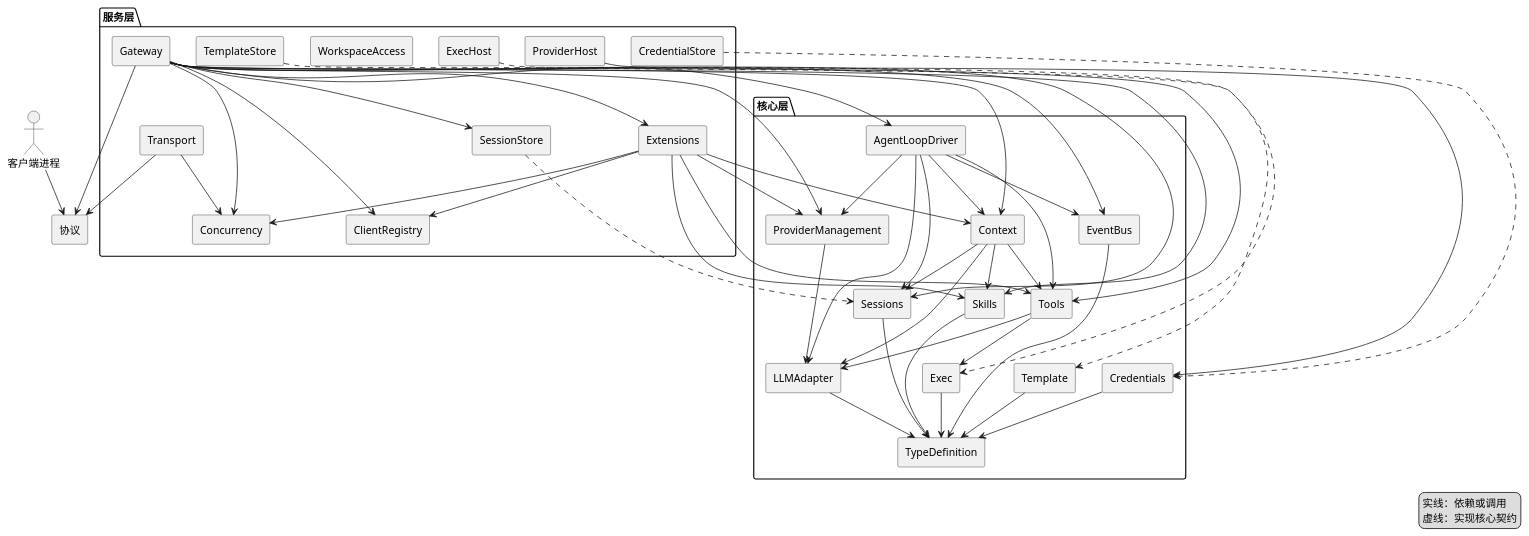
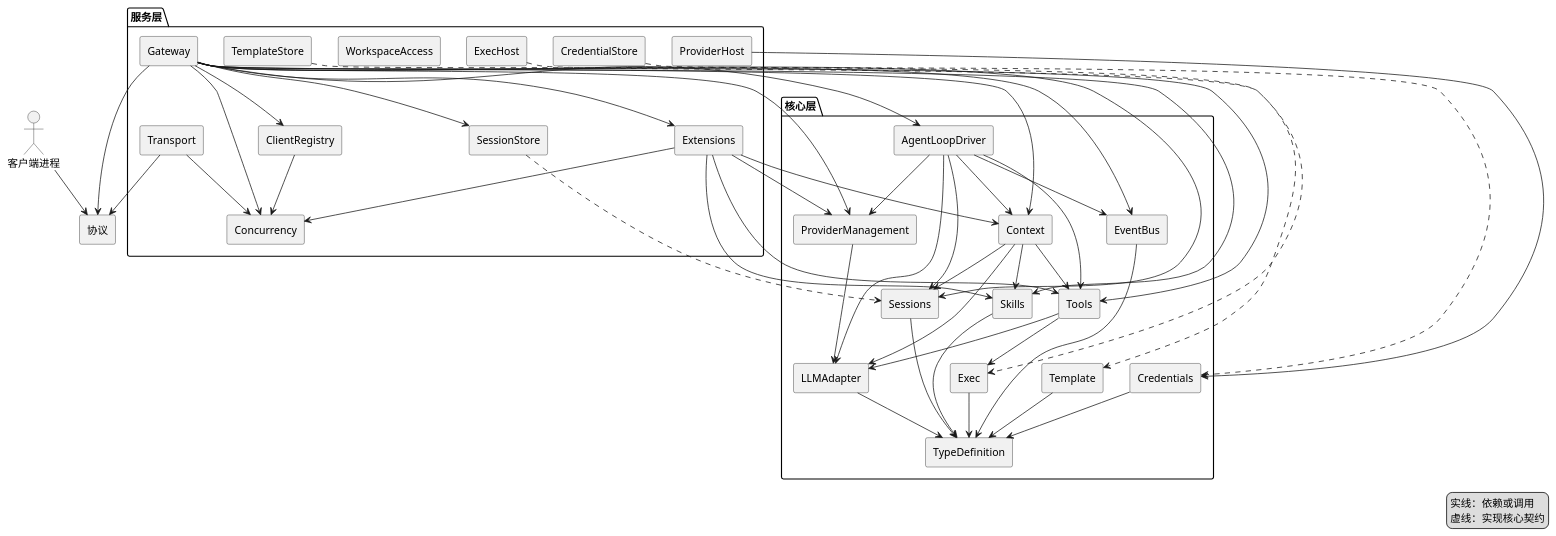
The third of 12 diagrams in docs/1 High-Level Design/1 High-Level Design.md (pisciculus0413/Pisces), drawn with PlantUML before and after one commit. The commit also changed other lines of this file and 6 other files, not shown here.

Commit message:
docs: record client registry delivery and drop the client gap

```diff
--- a/docs/1 High-Level Design/1 High-Level Design.md
+++ b/docs/1 High-Level Design/1 High-Level Design.md
@@ -415,7 +415,7 @@
 [Gateway] --> [ProviderManagement]
 [Gateway] --> [ClientRegistry]
 [Gateway] --> [EventBus]
-[Extensions] --> [ClientRegistry]
+[ClientRegistry] --> [Concurrency]
 [ProviderHost] --> [Credentials]
 [Gateway] --> [SessionStore]
 [SessionStore] ..> [Sessions]
```
